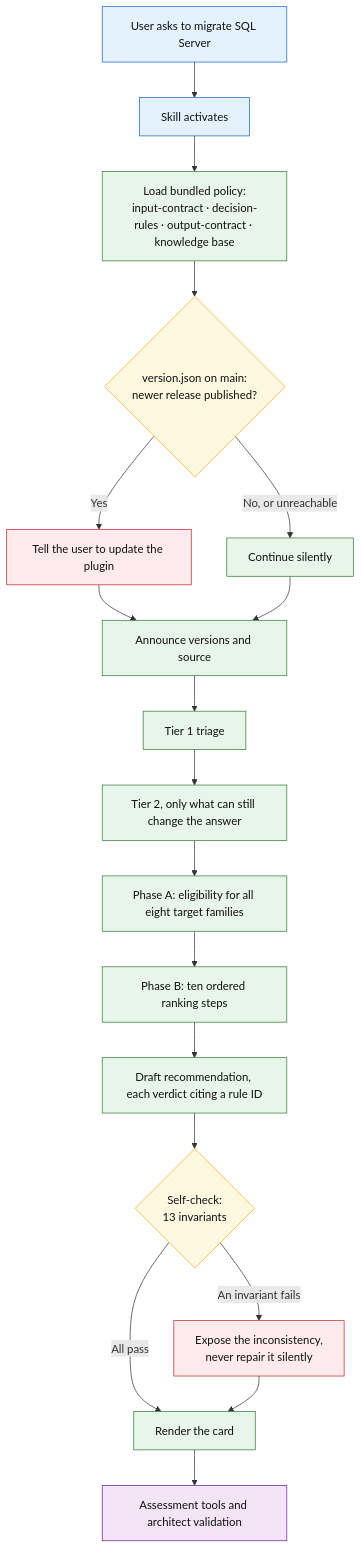
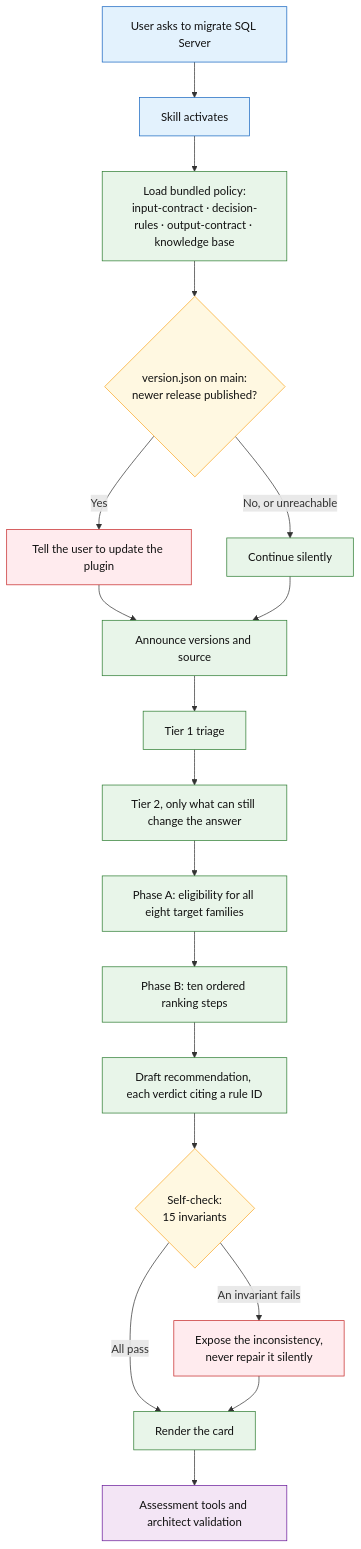
Before and after one commit to fredgis/sql-migration-advisor: the first of 6 diagrams in docs/sql-migration-advisor-developer-pitch.md, drawn with Mermaid. The commit also changed other lines of this file and 22 other files, not shown here.

````diff
--- a/docs/sql-migration-advisor-developer-pitch.md
+++ b/docs/sql-migration-advisor-developer-pitch.md
@@ -23,34 +23,34 @@
 ```mermaid
 flowchart TD
     A[User asks to migrate SQL Server] --> B[Skill activates]
 
     B --> C[Load bundled policy:<br/>input-contract · decision-rules · output-contract · knowledge base]
     C --> D{version.json on main:<br/>newer release published?}
     D -- Yes --> E[Tell the user to update the plugin]
     D -- No, or unreachable --> F[Continue silently]
     E --> G[Announce versions and source]
     F --> G
 
     G --> H[Tier 1 triage]
     H --> I[Tier 2, only what can still change the answer]
     I --> J[Phase A: eligibility for all eight target families]
     J --> K[Phase B: ten ordered ranking steps]
     K --> L[Draft recommendation, each verdict citing a rule ID]
 
-    L --> M{Self-check:<br/>13 invariants}
+    L --> M{Self-check:<br/>15 invariants}
     M -- An invariant fails --> N[Expose the inconsistency,<br/>never repair it silently]
     M -- All pass --> O[Render the card]
     N --> O
     O --> P[Assessment tools and architect validation]
 
     classDef entry fill:#e3f2fd,stroke:#1565c0,color:#111
     classDef ask fill:#fff8e1,stroke:#f9a825,color:#111
     classDef flow fill:#e8f5e9,stroke:#2e7d32,color:#111
     classDef guard fill:#ffebee,stroke:#c62828,color:#111
     classDef human fill:#f3e5f5,stroke:#6a1b9a,color:#111
     class A,B entry
     class D,M ask
     class C,F,G,H,I,J,K,L,O flow
     class E,N guard
     class P human
 ```
````
